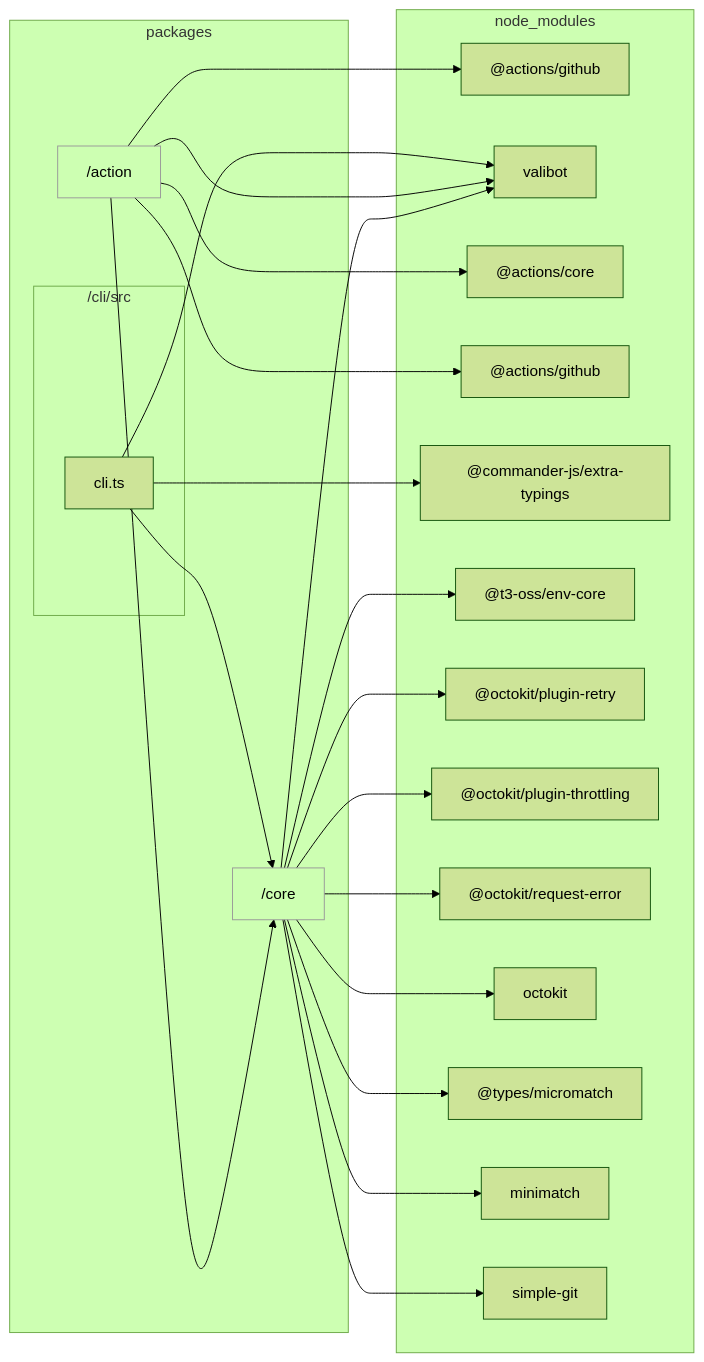
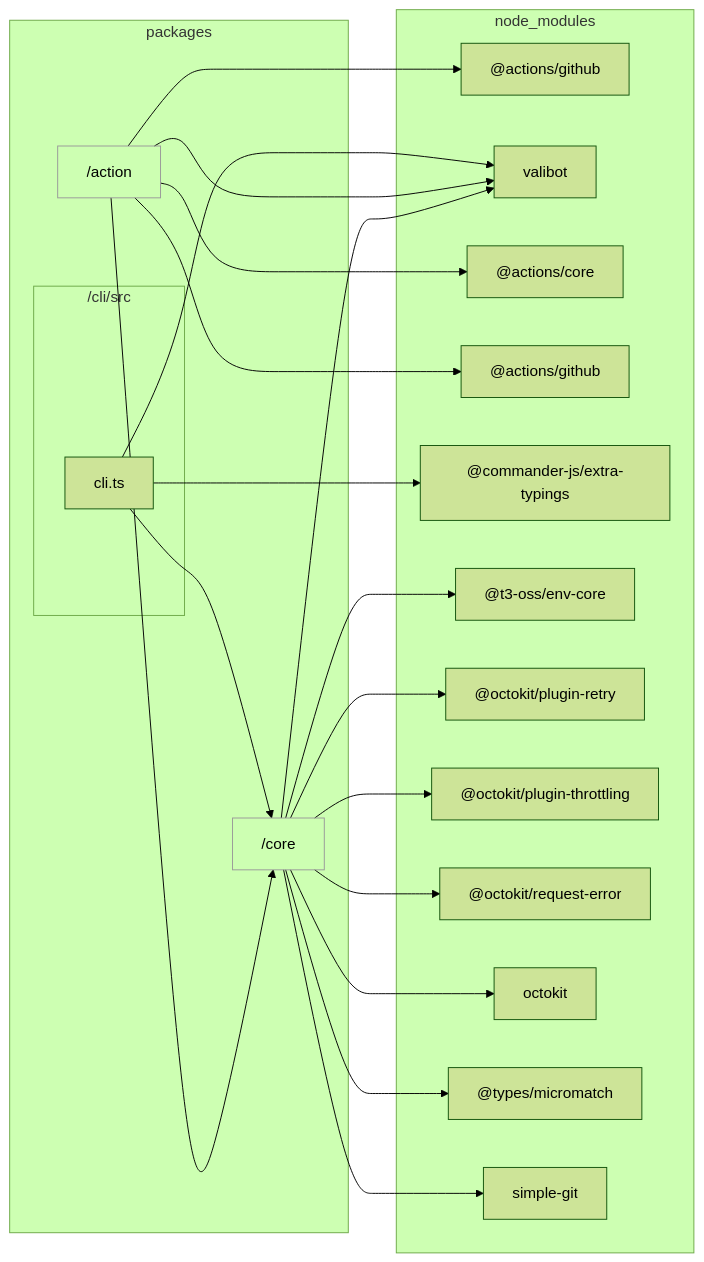
The diagram in docs/reports/dependencies/cli.md (sugurutakahashi-1234/issue-linker), drawn with Mermaid (forest theme) before and after one commit. The commit also changed 19 other files, not shown here.

````diff
--- a/docs/reports/dependencies/cli.md
+++ b/docs/reports/dependencies/cli.md
@@ -7,43 +7,41 @@
 ```mermaid
 flowchart LR
     classDef dir fill:#0000,stroke:#999
     subgraph packages["packages"]
         packages/action["/action"]:::dir
         packages/core["/core"]:::dir
         subgraph packages/cli/src["/cli/src"]
             packages/cli/src/cli.ts["cli.ts"]
         end
     end
     subgraph node//modules["node_modules"]
         node//modules///actions/github/lib/context.d.ts["@actions/github"]
         node//modules/valibot/dist/index.d.cts["valibot"]
         node//modules///actions/core/lib/core.d.ts["@actions/core"]
         node//modules///actions/github/lib/github.d.ts["@actions/github"]
         node//modules///commander//js/extra//typings/index.d.ts["@commander-js/extra-typings"]
         node//modules///t3//oss/env//core/dist/index.d.ts["@t3-oss/env-core"]
         node//modules///octokit/plugin//retry/dist//types/index.d.ts["@octokit/plugin-retry"]
         node//modules///octokit/plugin//throttling/dist//types/index.d.ts["@octokit/plugin-throttling"]
         node//modules///octokit/request//error/dist//types/index.d.ts["@octokit/request-error"]
         node//modules/octokit/dist//types/index.d.ts["octokit"]
         node//modules///types/micromatch/index.d.ts["@types/micromatch"]
-        node//modules/minimatch/dist/commonjs/index.d.ts["minimatch"]
         node//modules/simple//git/dist/typings/index.d.ts["simple-git"]
     end
     packages/action-->node//modules///actions/github/lib/context.d.ts
     packages/core-->node//modules/valibot/dist/index.d.cts
     packages/action-->packages/core
     packages/action-->node//modules/valibot/dist/index.d.cts
     packages/action-->node//modules///actions/core/lib/core.d.ts
     packages/action-->node//modules///actions/github/lib/github.d.ts
     packages/cli/src/cli.ts-->node//modules///commander//js/extra//typings/index.d.ts
     packages/cli/src/cli.ts-->packages/core
     packages/cli/src/cli.ts-->node//modules/valibot/dist/index.d.cts
     packages/core-->node//modules///t3//oss/env//core/dist/index.d.ts
     packages/core-->node//modules///octokit/plugin//retry/dist//types/index.d.ts
     packages/core-->node//modules///octokit/plugin//throttling/dist//types/index.d.ts
     packages/core-->node//modules///octokit/request//error/dist//types/index.d.ts
     packages/core-->node//modules/octokit/dist//types/index.d.ts
     packages/core-->node//modules///types/micromatch/index.d.ts
-    packages/core-->node//modules/minimatch/dist/commonjs/index.d.ts
     packages/core-->node//modules/simple//git/dist/typings/index.d.ts
 ```
````
